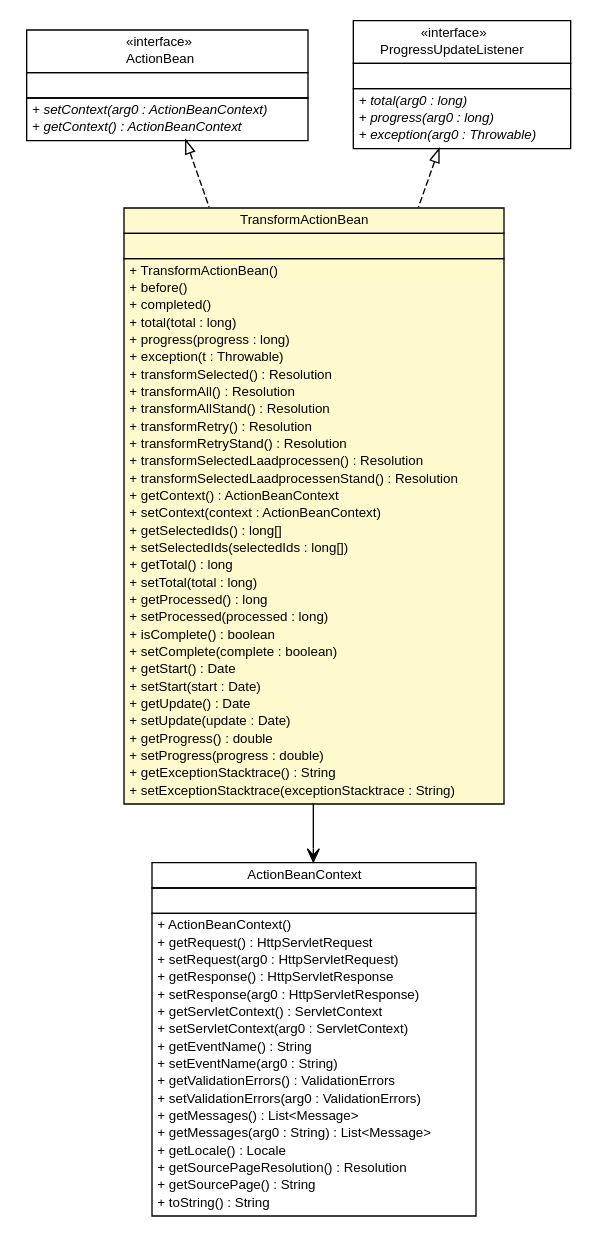
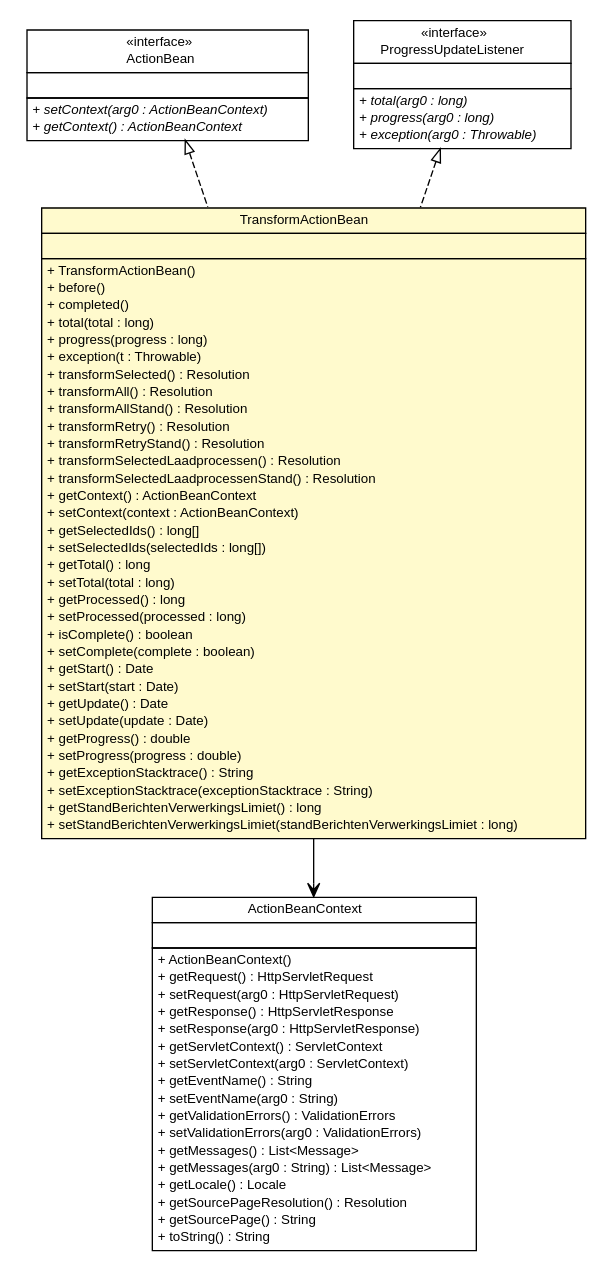
One commit to B3Partners/brmo changed the diagram in brmo-service/apidocs/nl/b3p/brmo/service/stripes/TransformActionBean.dot. Above: the diagram before and after it, drawn with Graphviz. The commit also changed 257 other files, not shown here.

```diff
--- a/brmo-service/apidocs/nl/b3p/brmo/service/stripes/TransformActionBean.dot
+++ b/brmo-service/apidocs/nl/b3p/brmo/service/stripes/TransformActionBean.dot
@@ -1,117 +1,119 @@
 #!/usr/local/bin/dot
 #
 # Class diagram 
 # Generated by UMLGraph version R5_6-24-gf6e263 (http://www.umlgraph.org/)
 #
 
 digraph G {
 	edge [fontname="Helvetica",fontsize=10,labelfontname="Helvetica",labelfontsize=10];
 	node [fontname="Helvetica",fontsize=10,shape=plaintext];
 	nodesep=0.25;
 	ranksep=0.5;
 	// nl.b3p.brmo.service.stripes.TransformActionBean
 	c1701 [label=<<table title="nl.b3p.brmo.service.stripes.TransformActionBean" border="0" cellborder="1" cellspacing="0" cellpadding="2" port="p" bgcolor="lemonChiffon" href="./TransformActionBean.html">
 		<tr><td><table border="0" cellspacing="0" cellpadding="1">
 <tr><td align="center" balign="center"> TransformActionBean </td></tr>
 		</table></td></tr>
 		<tr><td><table border="0" cellspacing="0" cellpadding="1">
 <tr><td align="left" balign="left">  </td></tr>
 		</table></td></tr>
 		<tr><td><table border="0" cellspacing="0" cellpadding="1">
 <tr><td align="left" balign="left"> + TransformActionBean() </td></tr>
 <tr><td align="left" balign="left"> + before() </td></tr>
 <tr><td align="left" balign="left"> + completed() </td></tr>
 <tr><td align="left" balign="left"> + total(total : long) </td></tr>
 <tr><td align="left" balign="left"> + progress(progress : long) </td></tr>
 <tr><td align="left" balign="left"> + exception(t : Throwable) </td></tr>
 <tr><td align="left" balign="left"> + transformSelected() : Resolution </td></tr>
 <tr><td align="left" balign="left"> + transformAll() : Resolution </td></tr>
 <tr><td align="left" balign="left"> + transformAllStand() : Resolution </td></tr>
 <tr><td align="left" balign="left"> + transformRetry() : Resolution </td></tr>
 <tr><td align="left" balign="left"> + transformRetryStand() : Resolution </td></tr>
 <tr><td align="left" balign="left"> + transformSelectedLaadprocessen() : Resolution </td></tr>
 <tr><td align="left" balign="left"> + transformSelectedLaadprocessenStand() : Resolution </td></tr>
 <tr><td align="left" balign="left"> + getContext() : ActionBeanContext </td></tr>
 <tr><td align="left" balign="left"> + setContext(context : ActionBeanContext) </td></tr>
 <tr><td align="left" balign="left"> + getSelectedIds() : long[] </td></tr>
 <tr><td align="left" balign="left"> + setSelectedIds(selectedIds : long[]) </td></tr>
 <tr><td align="left" balign="left"> + getTotal() : long </td></tr>
 <tr><td align="left" balign="left"> + setTotal(total : long) </td></tr>
 <tr><td align="left" balign="left"> + getProcessed() : long </td></tr>
 <tr><td align="left" balign="left"> + setProcessed(processed : long) </td></tr>
 <tr><td align="left" balign="left"> + isComplete() : boolean </td></tr>
 <tr><td align="left" balign="left"> + setComplete(complete : boolean) </td></tr>
 <tr><td align="left" balign="left"> + getStart() : Date </td></tr>
 <tr><td align="left" balign="left"> + setStart(start : Date) </td></tr>
 <tr><td align="left" balign="left"> + getUpdate() : Date </td></tr>
 <tr><td align="left" balign="left"> + setUpdate(update : Date) </td></tr>
 <tr><td align="left" balign="left"> + getProgress() : double </td></tr>
 <tr><td align="left" balign="left"> + setProgress(progress : double) </td></tr>
 <tr><td align="left" balign="left"> + getExceptionStacktrace() : String </td></tr>
 <tr><td align="left" balign="left"> + setExceptionStacktrace(exceptionStacktrace : String) </td></tr>
+<tr><td align="left" balign="left"> + getStandBerichtenVerwerkingsLimiet() : long </td></tr>
+<tr><td align="left" balign="left"> + setStandBerichtenVerwerkingsLimiet(standBerichtenVerwerkingsLimiet : long) </td></tr>
 		</table></td></tr>
 		</table>>, URL="./TransformActionBean.html", fontname="Helvetica", fontcolor="black", fontsize=10.0];
 	//nl.b3p.brmo.service.stripes.TransformActionBean implements net.sourceforge.stripes.action.ActionBean
 	c1727:p -> c1701:p [dir=back,arrowtail=empty,style=dashed];
 	//nl.b3p.brmo.service.stripes.TransformActionBean implements nl.b3p.brmo.loader.ProgressUpdateListener
 	c1728:p -> c1701:p [dir=back,arrowtail=empty,style=dashed];
 	// nl.b3p.brmo.service.stripes.TransformActionBean NAVASSOC net.sourceforge.stripes.action.ActionBeanContext
 	c1701:p -> c1729:p [taillabel="", label="", headlabel="", fontname="Helvetica", fontcolor="black", fontsize=10.0, color="black", arrowhead=open];
 	// net.sourceforge.stripes.action.ActionBean
 	c1727 [label=<<table title="net.sourceforge.stripes.action.ActionBean" border="0" cellborder="1" cellspacing="0" cellpadding="2" port="p">
 		<tr><td><table border="0" cellspacing="0" cellpadding="1">
 <tr><td align="center" balign="center"> &#171;interface&#187; </td></tr>
 <tr><td align="center" balign="center"> ActionBean </td></tr>
 		</table></td></tr>
 		<tr><td><table border="0" cellspacing="0" cellpadding="1">
 <tr><td align="left" balign="left">  </td></tr>
 		</table></td></tr>
 		<tr><td><table border="0" cellspacing="0" cellpadding="1">
 <tr><td align="left" balign="left"><font face="Helvetica-Oblique" point-size="10.0"> + setContext(arg0 : ActionBeanContext) </font></td></tr>
 <tr><td align="left" balign="left"><font face="Helvetica-Oblique" point-size="10.0"> + getContext() : ActionBeanContext </font></td></tr>
 		</table></td></tr>
 		</table>>, URL="null", fontname="Helvetica", fontcolor="black", fontsize=10.0];
 	// net.sourceforge.stripes.action.ActionBeanContext
 	c1729 [label=<<table title="net.sourceforge.stripes.action.ActionBeanContext" border="0" cellborder="1" cellspacing="0" cellpadding="2" port="p">
 		<tr><td><table border="0" cellspacing="0" cellpadding="1">
 <tr><td align="center" balign="center"> ActionBeanContext </td></tr>
 		</table></td></tr>
 		<tr><td><table border="0" cellspacing="0" cellpadding="1">
 <tr><td align="left" balign="left">  </td></tr>
 		</table></td></tr>
 		<tr><td><table border="0" cellspacing="0" cellpadding="1">
 <tr><td align="left" balign="left"> + ActionBeanContext() </td></tr>
 <tr><td align="left" balign="left"> + getRequest() : HttpServletRequest </td></tr>
 <tr><td align="left" balign="left"> + setRequest(arg0 : HttpServletRequest) </td></tr>
 <tr><td align="left" balign="left"> + getResponse() : HttpServletResponse </td></tr>
 <tr><td align="left" balign="left"> + setResponse(arg0 : HttpServletResponse) </td></tr>
 <tr><td align="left" balign="left"> + getServletContext() : ServletContext </td></tr>
 <tr><td align="left" balign="left"> + setServletContext(arg0 : ServletContext) </td></tr>
 <tr><td align="left" balign="left"> + getEventName() : String </td></tr>
 <tr><td align="left" balign="left"> + setEventName(arg0 : String) </td></tr>
 <tr><td align="left" balign="left"> + getValidationErrors() : ValidationErrors </td></tr>
 <tr><td align="left" balign="left"> + setValidationErrors(arg0 : ValidationErrors) </td></tr>
 <tr><td align="left" balign="left"> + getMessages() : List&lt;Message&gt; </td></tr>
 <tr><td align="left" balign="left"> + getMessages(arg0 : String) : List&lt;Message&gt; </td></tr>
 <tr><td align="left" balign="left"> + getLocale() : Locale </td></tr>
 <tr><td align="left" balign="left"> + getSourcePageResolution() : Resolution </td></tr>
 <tr><td align="left" balign="left"> + getSourcePage() : String </td></tr>
 <tr><td align="left" balign="left"> + toString() : String </td></tr>
 		</table></td></tr>
 		</table>>, URL="null", fontname="Helvetica", fontcolor="black", fontsize=10.0];
 	// nl.b3p.brmo.loader.ProgressUpdateListener
 	c1728 [label=<<table title="nl.b3p.brmo.loader.ProgressUpdateListener" border="0" cellborder="1" cellspacing="0" cellpadding="2" port="p">
 		<tr><td><table border="0" cellspacing="0" cellpadding="1">
 <tr><td align="center" balign="center"> &#171;interface&#187; </td></tr>
 <tr><td align="center" balign="center"> ProgressUpdateListener </td></tr>
 		</table></td></tr>
 		<tr><td><table border="0" cellspacing="0" cellpadding="1">
 <tr><td align="left" balign="left">  </td></tr>
 		</table></td></tr>
 		<tr><td><table border="0" cellspacing="0" cellpadding="1">
 <tr><td align="left" balign="left"><font face="Helvetica-Oblique" point-size="10.0"> + total(arg0 : long) </font></td></tr>
 <tr><td align="left" balign="left"><font face="Helvetica-Oblique" point-size="10.0"> + progress(arg0 : long) </font></td></tr>
 <tr><td align="left" balign="left"><font face="Helvetica-Oblique" point-size="10.0"> + exception(arg0 : Throwable) </font></td></tr>
 		</table></td></tr>
 		</table>>, URL="null", fontname="Helvetica", fontcolor="black", fontsize=10.0];
 }
```
